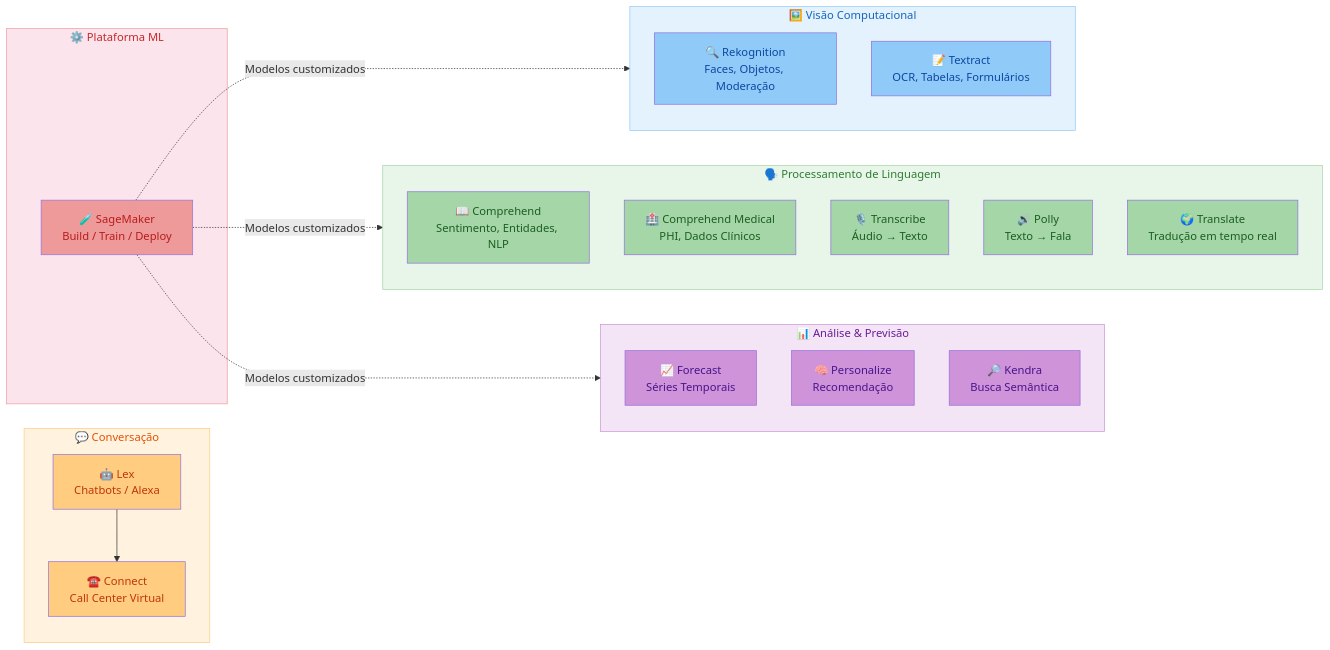
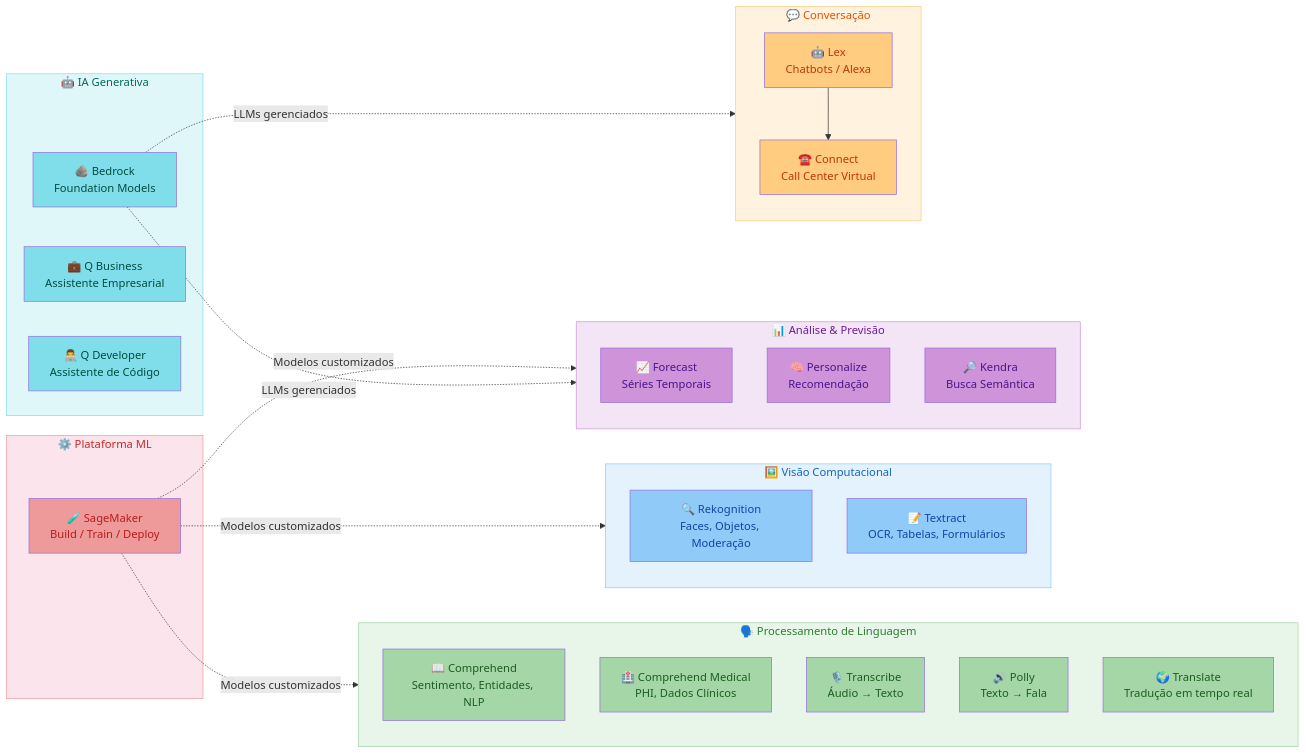
Before and after one commit to Uniliva/uni-salva: the diagram in docs/cloud-notes/01-aws/03-aws-cloud-architect-professional/14_machine_learning.md, drawn with Mermaid. The commit also changed other lines of this file, not shown here.

````diff
--- a/docs/cloud-notes/01-aws/03-aws-cloud-architect-professional/14_machine_learning.md
+++ b/docs/cloud-notes/01-aws/03-aws-cloud-architect-professional/14_machine_learning.md
@@ -6,54 +6,66 @@
 ```mermaid
 flowchart LR
     subgraph Vision["🖼️ Visão Computacional"]
         Rekognition["🔍 Rekognition<br/>Faces, Objetos, Moderação"]
         Textract["📝 Textract<br/>OCR, Tabelas, Formulários"]
     end
 
     subgraph NLP["🗣️ Processamento de Linguagem"]
         Comprehend["📖 Comprehend<br/>Sentimento, Entidades, NLP"]
         ComprehendMed["🏥 Comprehend Medical<br/>PHI, Dados Clínicos"]
         Transcribe["🎙️ Transcribe<br/>Áudio → Texto"]
         Polly["🔊 Polly<br/>Texto → Fala"]
         Translate["🌍 Translate<br/>Tradução em tempo real"]
     end
 
     subgraph Conversational["💬 Conversação"]
         Lex["🤖 Lex<br/>Chatbots / Alexa"]
         Connect["☎️ Connect<br/>Call Center Virtual"]
         Lex --> Connect
     end
 
     subgraph Analytics["📊 Análise & Previsão"]
         Forecast["📈 Forecast<br/>Séries Temporais"]
         Personalize["🧠 Personalize<br/>Recomendação"]
         Kendra["🔎 Kendra<br/>Busca Semântica"]
     end
 
+    subgraph GenAI["🤖 IA Generativa"]
+        Bedrock["🪨 Bedrock<br/>Foundation Models"]
+        QBusiness["💼 Q Business<br/>Assistente Empresarial"]
+        QDeveloper["👨‍💻 Q Developer<br/>Assistente de Código"]
+    end
+
     subgraph Platform["⚙️ Plataforma ML"]
         SageMaker["🧪 SageMaker<br/>Build / Train / Deploy"]
     end
 
     SageMaker -.->|"Modelos customizados"| Vision
     SageMaker -.->|"Modelos customizados"| NLP
     SageMaker -.->|"Modelos customizados"| Analytics
+    Bedrock -.->|"LLMs gerenciados"| Conversational
+    Bedrock -.->|"LLMs gerenciados"| Analytics
 
     style Vision fill:#e3f2fd,color:#1565c0,stroke:#90caf9
     style NLP fill:#e8f5e9,color:#2e7d32,stroke:#a5d6a7
     style Conversational fill:#fff3e0,color:#e65100,stroke:#ffcc80
     style Analytics fill:#f3e5f5,color:#6a1b9a,stroke:#ce93d8
     style Platform fill:#fce4ec,color:#c62828,stroke:#ef9a9a
+    style GenAI fill:#e0f7fa,color:#00695c,stroke:#80deea
     style SageMaker fill:#ef9a9a,color:#b71c1c
     style Rekognition fill:#90caf9,color:#0d47a1
     style Textract fill:#90caf9,color:#0d47a1
     style Comprehend fill:#a5d6a7,color:#1b5e20
     style ComprehendMed fill:#a5d6a7,color:#1b5e20
     style Transcribe fill:#a5d6a7,color:#1b5e20
     style Polly fill:#a5d6a7,color:#1b5e20
     style Translate fill:#a5d6a7,color:#1b5e20
     style Lex fill:#ffcc80,color:#bf360c
     style Connect fill:#ffcc80,color:#bf360c
     style Forecast fill:#ce93d8,color:#4a148c
     style Personalize fill:#ce93d8,color:#4a148c
     style Kendra fill:#ce93d8,color:#4a148c
+    style Bedrock fill:#80deea,color:#004d40
+    style QBusiness fill:#80deea,color:#004d40
+    style QDeveloper fill:#80deea,color:#004d40
 ```
````
